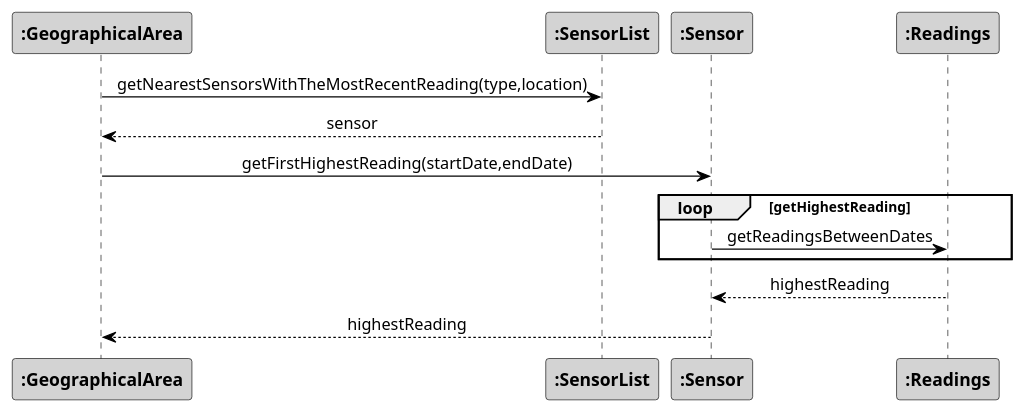
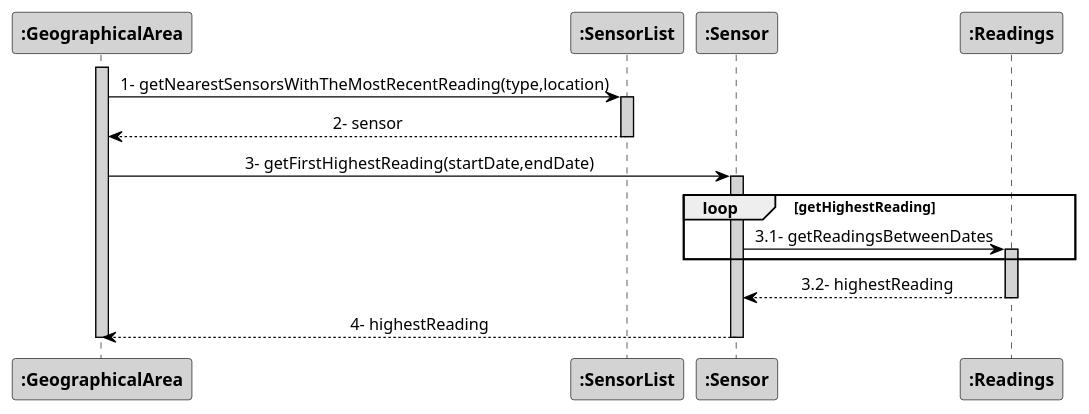
The diagram in src/main/java/pt/ipp/isep/dei/project/controllers/getFirstHottestDayHouseAreaController/SD_ref3_getFirstHottestDayHouseArea.puml (1181687/hateoasToy), drawn with PlantUML before and after one commit. The commit also changed 1 other file, not shown here.

Commit message:
Addresses #121 - Updated class diagram.

```diff
--- a/src/main/java/pt/ipp/isep/dei/project/controllers/getFirstHottestDayHouseAreaController/SD_ref3_getFirstHottestDayHouseArea.puml
+++ b/src/main/java/pt/ipp/isep/dei/project/controllers/getFirstHottestDayHouseAreaController/SD_ref3_getFirstHottestDayHouseArea.puml
@@ -1,37 +1,37 @@
 @startuml
 skinparam sequenceMessageAlign center
 skinparam sequence {
    ArrowColor Black
    ActorBorderColor DarkBlue
    LifeLineBorderColor black
    LifeLineBackgroundColor LightGrey
 
    ParticipantBorderColor Black
    ParticipantBackgroundColor LightGrey
    ParticipantFontStyle Bold
 
    ActorBackgroundColor DimGrey
    ActorFontColor DeepSkyBlue
    ActorFontStyle Bold
    ActorFontSize 17
    ActorFontName Aapex
 }
+activate ":GeographicalArea"
+":GeographicalArea" ->":SensorList": 1- getNearestSensorsWithTheMostRecentReading(type,location)
+activate ":SensorList"
+":SensorList" --> ":GeographicalArea": 2- sensor
+deactivate ":SensorList"
+":GeographicalArea" -> ":Sensor":3- getFirstHighestReading(startDate,endDate)
+activate ":Sensor"
+loop getHighestReading
+":Sensor" -> ":Readings": 3.1- getReadingsBetweenDates
+activate ":Readings"
+end
+":Readings" --> ":Sensor" :3.2- highestReading
+deactivate ":Readings"
 
-":GeographicalArea" ->":SensorList": getNearestSensorsWithTheMostRecentReading(type,location)
-
-
-":SensorList" --> ":GeographicalArea": sensor
-
-":GeographicalArea" -> ":Sensor":getFirstHighestReading(startDate,endDate)
-
-loop getHighestReading
-":Sensor" -> ":Readings": getReadingsBetweenDates
-
-end
-":Readings" --> ":Sensor" :highestReading
-
-":Sensor" --> ":GeographicalArea": highestReading
-
-
+":Sensor" --> ":GeographicalArea": 4- highestReading
+deactivate ":Sensor"
+deactivate ":GeographicalArea"
 
 @enduml
```
